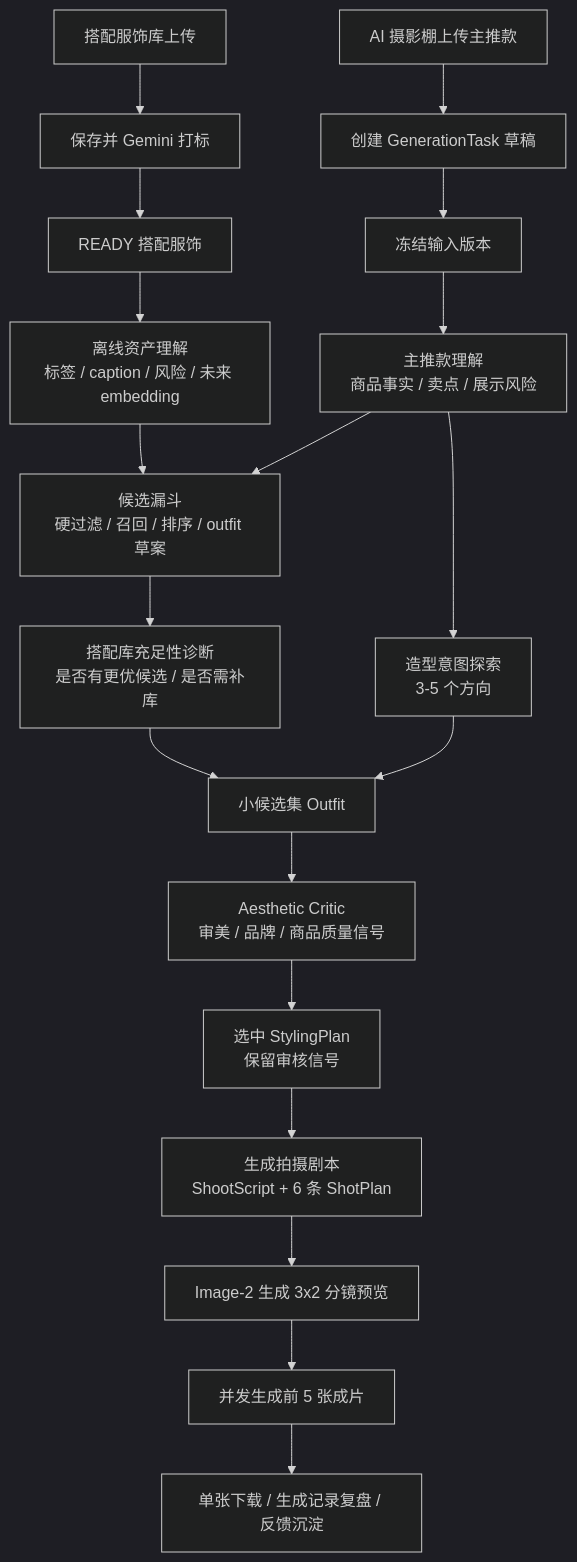
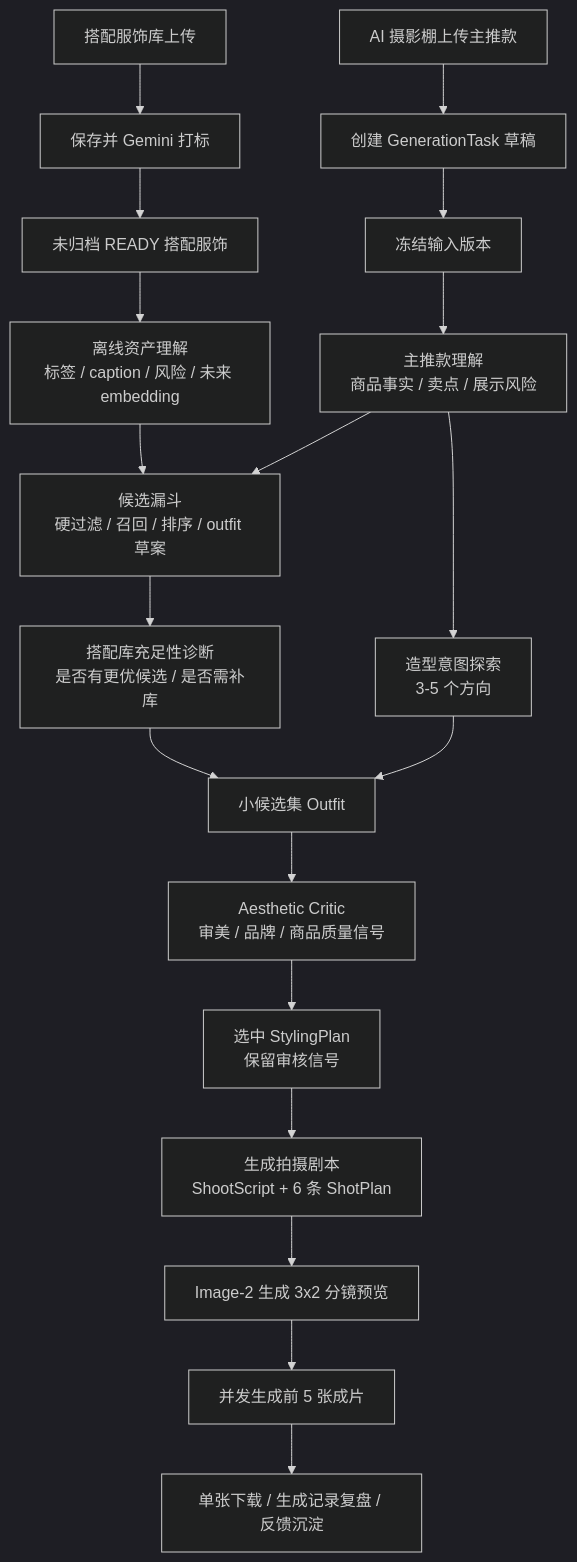
Before and after one commit to happyvchen/ruyi-dream: the diagram in design/01_generation_flow/generation_flow.md, drawn with Mermaid (dark theme). The commit also changed other lines of this file and 17 other files, not shown here.

````diff
--- a/design/01_generation_flow/generation_flow.md
+++ b/design/01_generation_flow/generation_flow.md
@@ -7,21 +7,21 @@
 ```mermaid
 flowchart TD
   A["搭配服饰库上传"] --> B["保存并 Gemini 打标"]
-  B --> C["READY 搭配服饰"]
+  B --> C["未归档 READY 搭配服饰"]
   D["AI 摄影棚上传主推款"] --> E["创建 GenerationTask 草稿"]
   E --> F["冻结输入版本"]
   C --> Q["离线资产理解<br/>标签 / caption / 风险 / 未来 embedding"]
   F --> H["主推款理解<br/>商品事实 / 卖点 / 展示风险"]
   Q --> G["候选漏斗<br/>硬过滤 / 召回 / 排序 / outfit 草案"]
   H --> G
   H --> I["造型意图探索<br/>3-5 个方向"]
   G --> R["搭配库充足性诊断<br/>是否有更优候选 / 是否需补库"]
   R --> J["小候选集 Outfit"]
   I --> J
   J --> K["Aesthetic Critic<br/>审美 / 品牌 / 商品质量信号"]
   K --> L["选中 StylingPlan<br/>保留审核信号"]
   L --> M["生成拍摄剧本<br/>ShootScript + 6 条 ShotPlan"]
   M --> N["Image-2 生成 3x2 分镜预览"]
   N --> O["并发生成前 5 张成片"]
   O --> P["单张下载 / 生成记录复盘 / 反馈沉淀"]
 ```
````
